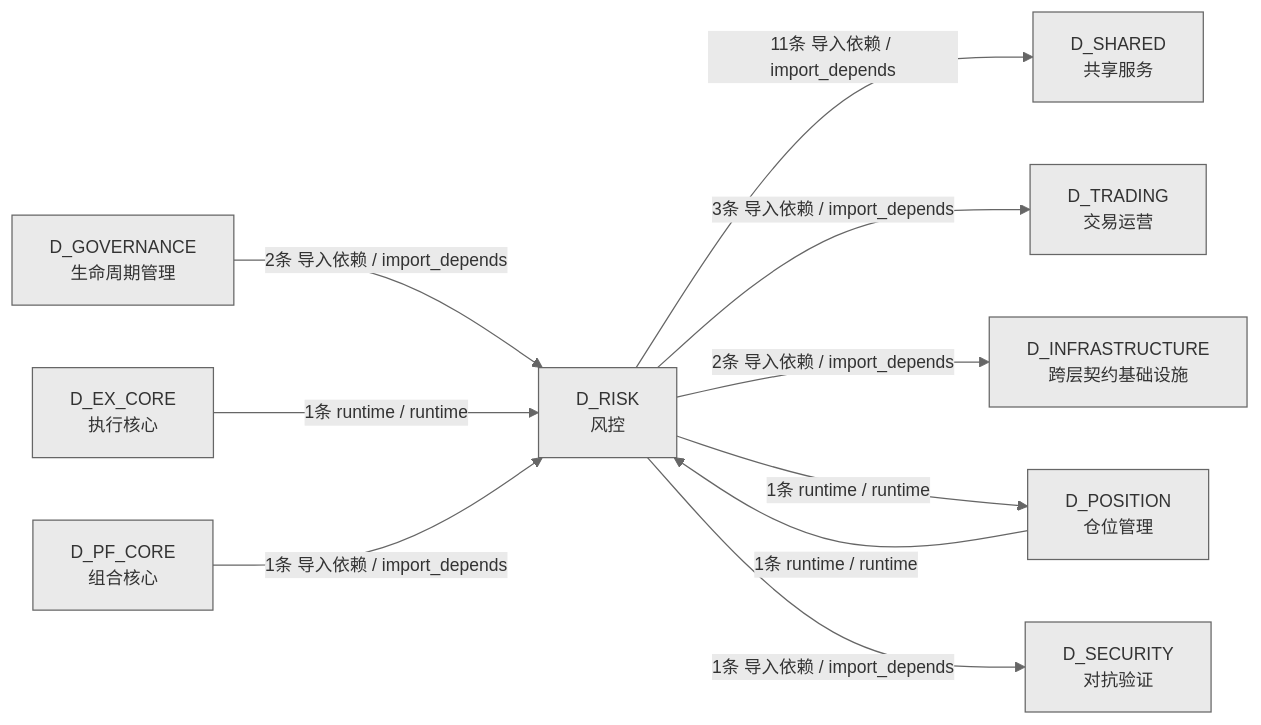
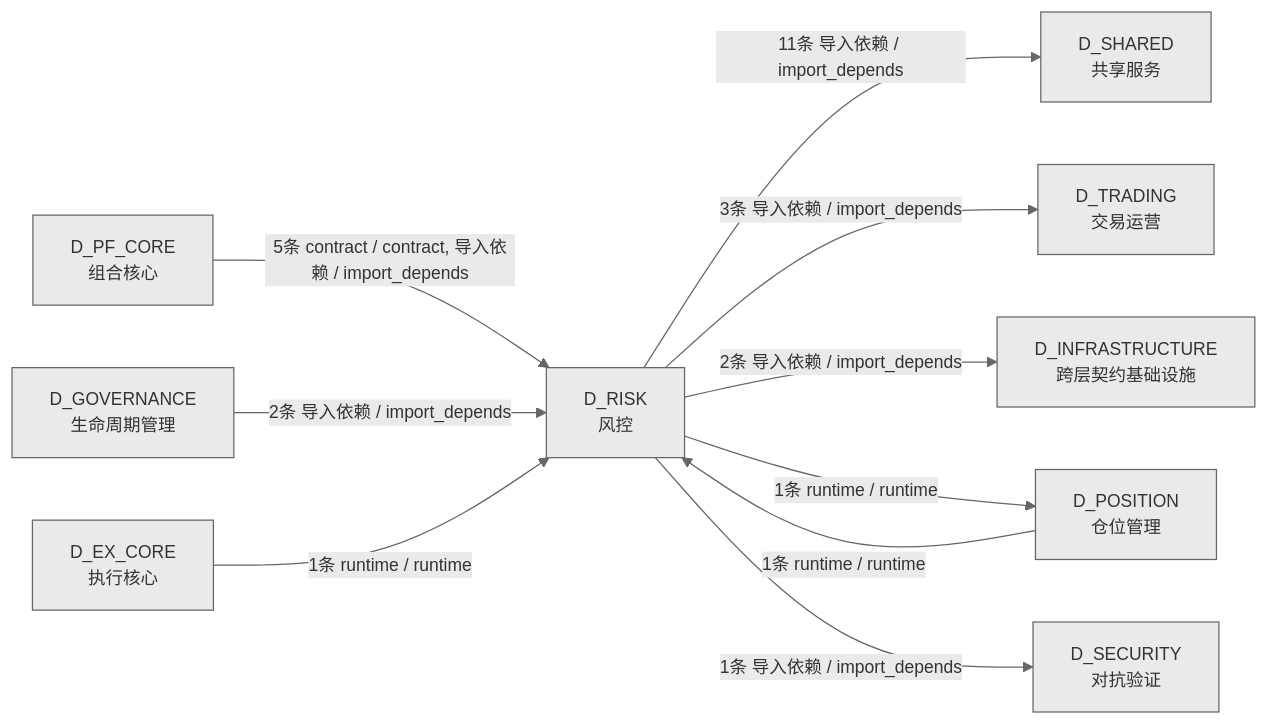
The third of 3 diagrams in docs/02_enterprise_architecture/02_domain_architecture_docs/65_d_risk.md (xuanFelixVan/ZephyrAlpha), drawn with Mermaid before and after one commit. The commit also changed other lines of this file and 46 other files, not shown here.

````diff
--- a/docs/02_enterprise_architecture/02_domain_architecture_docs/65_d_risk.md
+++ b/docs/02_enterprise_architecture/02_domain_architecture_docs/65_d_risk.md
@@ -273,22 +281,22 @@
 ```mermaid
 %%{init: {'theme': 'base', 'themeVariables': {'primaryColor': '#eaeaea', 'primaryTextColor': '#333333', 'primaryBorderColor': '#666666', 'lineColor': '#666666', 'secondaryColor': '#eaeaea', 'tertiaryColor': '#eaeaea', 'fontSize': '14px'}}}%%
 graph LR
     D_RISK["D_RISK<br/>风控"]
     D_SHARED["D_SHARED<br/>共享服务"]
     D_TRADING["D_TRADING<br/>交易运营"]
     D_INFRASTRUCTURE["D_INFRASTRUCTURE<br/>跨层契约基础设施"]
     D_POSITION["D_POSITION<br/>仓位管理"]
     D_SECURITY["D_SECURITY<br/>对抗验证"]
+    D_PF_CORE["D_PF_CORE<br/>组合核心"]
     D_GOVERNANCE["D_GOVERNANCE<br/>生命周期管理"]
     D_EX_CORE["D_EX_CORE<br/>执行核心"]
-    D_PF_CORE["D_PF_CORE<br/>组合核心"]
     D_RISK -->|11条 导入依赖 / import_depends| D_SHARED
     D_RISK -->|3条 导入依赖 / import_depends| D_TRADING
     D_RISK -->|2条 导入依赖 / import_depends| D_INFRASTRUCTURE
     D_RISK -->|1条 runtime / runtime| D_POSITION
     D_RISK -->|1条 导入依赖 / import_depends| D_SECURITY
+    D_PF_CORE -->|5条 contract / contract, 导入依赖 / import_depends| D_RISK
     D_GOVERNANCE -->|2条 导入依赖 / import_depends| D_RISK
     D_EX_CORE -->|1条 runtime / runtime| D_RISK
-    D_PF_CORE -->|1条 导入依赖 / import_depends| D_RISK
     D_POSITION -->|1条 runtime / runtime| D_RISK
 ```
````
